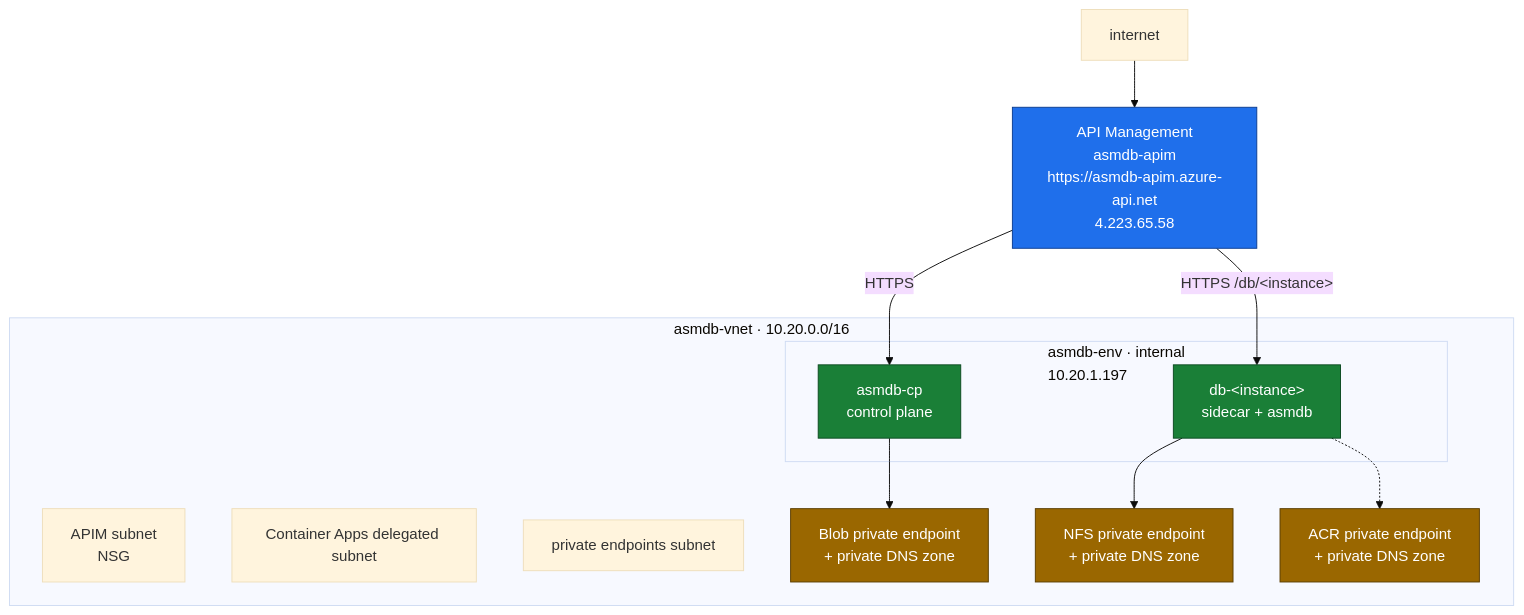
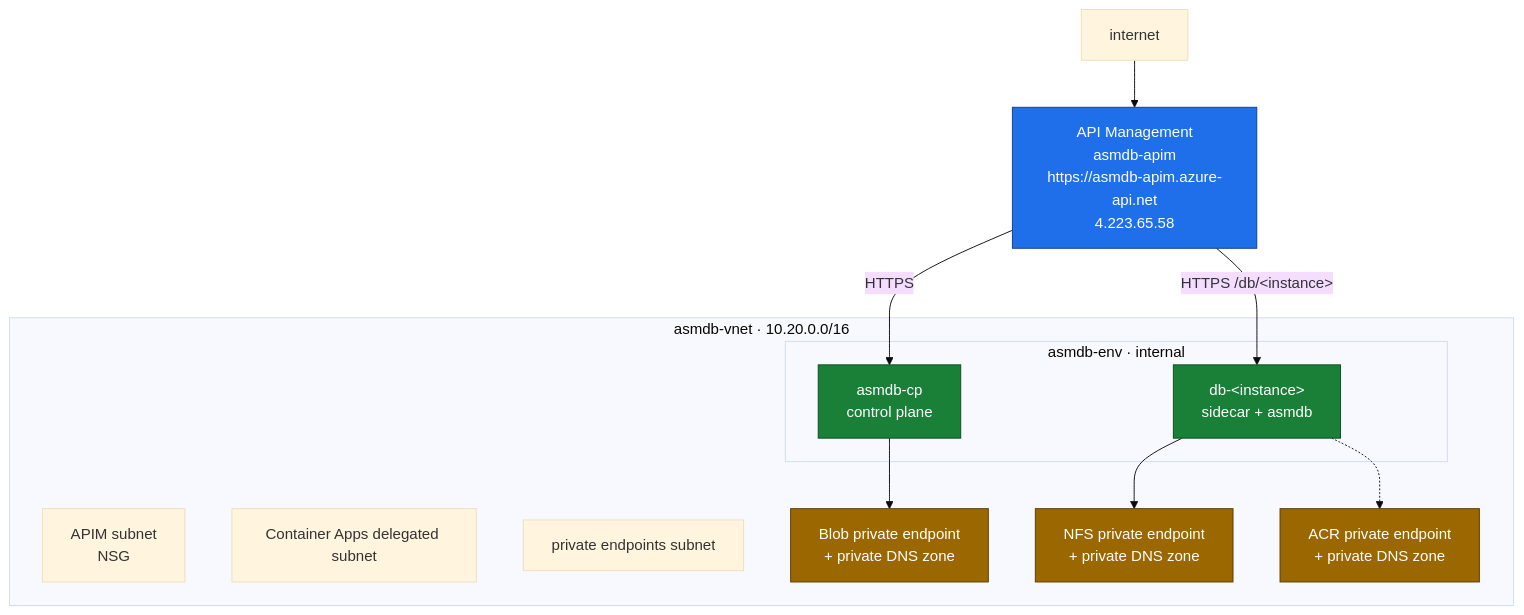
One commit to fredgis/asmDB changed the first of 2 diagrams in docs/SAAS.md. Above: the diagram before and after it, drawn with Mermaid (base theme). The commit also changed other lines of this file and 14 other files, not shown here.

````diff
--- a/docs/SAAS.md
+++ b/docs/SAAS.md
@@ -95,32 +95,32 @@
 ```mermaid
 flowchart TB
     Internet["internet"] --> APIM["API Management<br/>asmdb-apim<br/>https://asmdb-apim.azure-api.net<br/>4.223.65.58"]
 
     subgraph VNET["asmdb-vnet · 10.20.0.0/16"]
         APIMSubnet["APIM subnet<br/>NSG"]
         CASubnet["Container Apps delegated subnet"]
         PESubnet["private endpoints subnet"]
 
-        subgraph CAE["asmdb-env · internal<br/>10.20.1.197"]
+        subgraph CAE["asmdb-env · internal"]
             CP["asmdb-cp<br/>control plane"]
             DB["db-&lt;instance&gt;<br/>sidecar + asmdb"]
         end
 
         BlobPE["Blob private endpoint<br/>+ private DNS zone"]
         NfsPE["NFS private endpoint<br/>+ private DNS zone"]
         AcrPE["ACR private endpoint<br/>+ private DNS zone"]
     end
 
     APIM -->|HTTPS| CP
     APIM -->|HTTPS /db/&lt;instance&gt;| DB
     CP --> BlobPE
     DB --> NfsPE
     DB -.-> AcrPE
 
     classDef public fill:#1f6feb,stroke:#0b3d91,color:#fff
     classDef private fill:#1a7f37,stroke:#0b4a20,color:#fff
     classDef store fill:#9a6700,stroke:#5a3d00,color:#fff
     class APIM public
     class CP,DB private
     class BlobPE,NfsPE,AcrPE store
 ```
````
